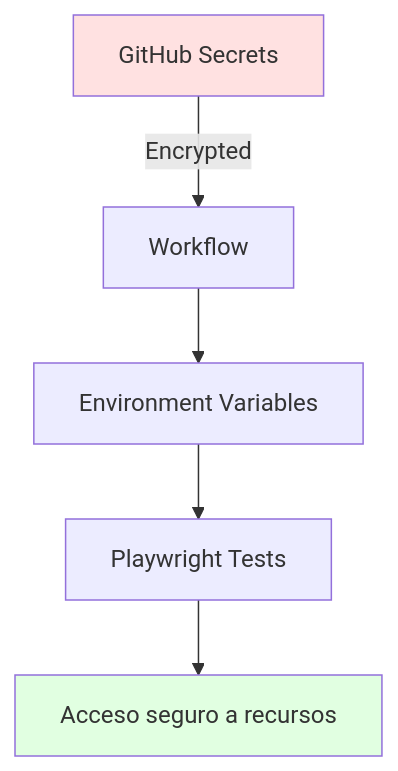
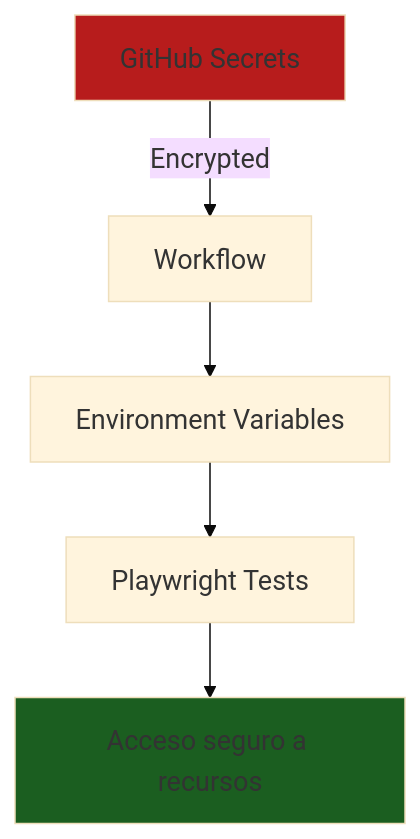
The eighth of 16 diagrams in courses/🟡-development/FPUNA-2026/01-DESARROLLO-SOFTWARE/especializaciones/qa-automation/04-integracion-ci-cd.md (Ai-Whisperers/Courses-Content), drawn with Mermaid before and after one commit. The commit also changed other lines of this file and 47 other files, not shown here.

First line of the commit message:
fix: Make all 473 diagrams WCAG AAA accessible (FPUNA-2026)

````diff
--- a/courses/🟡-development/FPUNA-2026/01-DESARROLLO-SOFTWARE/especializaciones/qa-automation/04-integracion-ci-cd.md
+++ b/courses/🟡-development/FPUNA-2026/01-DESARROLLO-SOFTWARE/especializaciones/qa-automation/04-integracion-ci-cd.md
@@ -428,10 +435,11 @@
 ```mermaid
+%%{init: {'theme':'base', 'themeVariables': {'fontSize':'18px'}}}%%
 graph TD
     A[GitHub Secrets] -->|Encrypted| B[Workflow]
     B --> C[Environment Variables]
     C --> D[Playwright Tests]
     D --> E[Acceso seguro a recursos]
     
-    style A fill:#FFE1E1
-    style E fill:#E1FFE1
+    style A fill:#b71c1c
+    style E fill:#1b5e20
 ```
````
